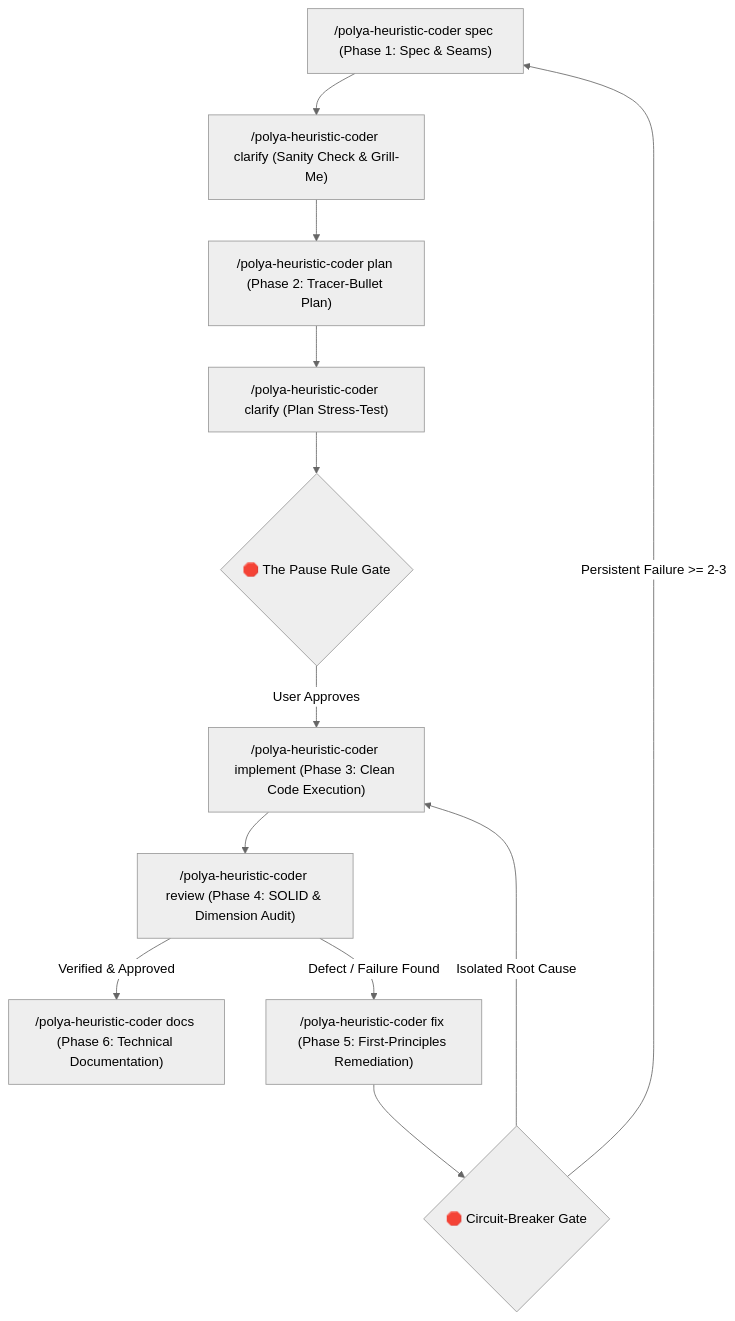
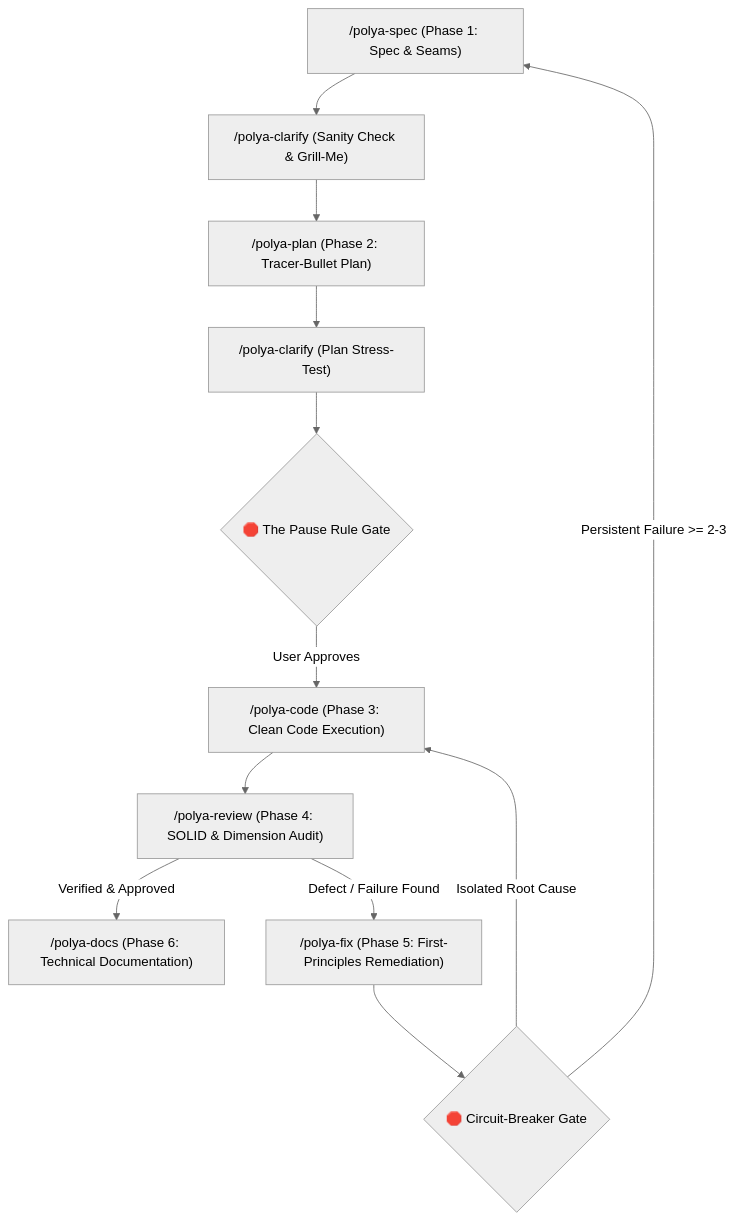
The diagram in polya-coder/README.md (GulajavaMinistudio/awesome-copilot-id), drawn with Mermaid (neutral theme) before and after one commit. The commit also changed other lines of this file and 55 other files, not shown here.

First line of the commit message:
Refactor Polya Coder Commands and Translations for Modular Architecture

````diff
--- a/polya-coder/README.md
+++ b/polya-coder/README.md
@@ -122,14 +131,14 @@
 ```mermaid
 graph TD
-    Spec["/polya-heuristic-coder spec (Phase 1: Spec & Seams)"] --> Clarify1["/polya-heuristic-coder clarify (Sanity Check & Grill-Me)"]
-    Clarify1 --> Plan["/polya-heuristic-coder plan (Phase 2: Tracer-Bullet Plan)"]
-    Plan --> Clarify2["/polya-heuristic-coder clarify (Plan Stress-Test)"]
+    Spec["/polya-spec (Phase 1: Spec & Seams)"] --> Clarify1["/polya-clarify (Sanity Check & Grill-Me)"]
+    Clarify1 --> Plan["/polya-plan (Phase 2: Tracer-Bullet Plan)"]
+    Plan --> Clarify2["/polya-clarify (Plan Stress-Test)"]
     Clarify2 --> Pause{🛑 The Pause Rule Gate}
-    Pause -->|User Approves| Implement["/polya-heuristic-coder implement (Phase 3: Clean Code Execution)"]
-    Implement --> Review["/polya-heuristic-coder review (Phase 4: SOLID & Dimension Audit)"]
-    Review -->|Verified & Approved| Docs["/polya-heuristic-coder docs (Phase 6: Technical Documentation)"]
-    Review -->|Defect / Failure Found| BugFix["/polya-heuristic-coder fix (Phase 5: First-Principles Remediation)"]
+    Pause -->|User Approves| Implement["/polya-code (Phase 3: Clean Code Execution)"]
+    Implement --> Review["/polya-review (Phase 4: SOLID & Dimension Audit)"]
+    Review -->|Verified & Approved| Docs["/polya-docs (Phase 6: Technical Documentation)"]
+    Review -->|Defect / Failure Found| BugFix["/polya-fix (Phase 5: First-Principles Remediation)"]
     BugFix --> Breaker{🛑 Circuit-Breaker Gate}
     Breaker -->|Isolated Root Cause| Implement
     Breaker -->|Persistent Failure >= 2-3| Spec
 ```
````
